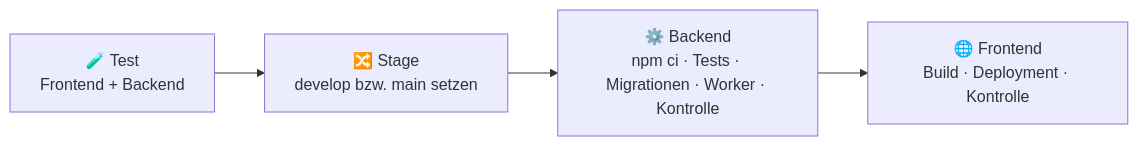
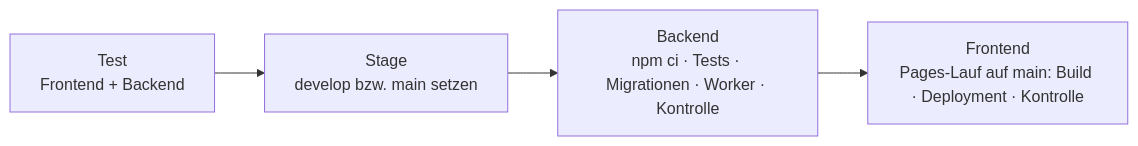
The second of 2 diagrams in README.md (KingBob4Real/pokemon-sammlung), drawn with Mermaid before and after one commit. The commit also changed other lines of this file, not shown here.

Commit message:
README: Deploy für einzelne Feature-Branches, Diagramme ohne Emojis, Pages-Einstellung entfällt

````diff
--- a/README.md
+++ b/README.md
@@ -254,6 +254,6 @@
 ```mermaid
 flowchart LR
-  T["🧪 Test<br/>Frontend + Backend"] --> S["🔀 Stage<br/>develop bzw. main setzen"]
-  S --> B["⚙️ Backend<br/>npm ci · Tests · Migrationen · Worker · Kontrolle"]
-  B --> F["🌐 Frontend<br/>Build · Deployment · Kontrolle"]
+  T["Test<br/>Frontend + Backend"] --> S["Stage<br/>develop bzw. main setzen"]
+  S --> B["Backend<br/>npm ci · Tests · Migrationen · Worker · Kontrolle"]
+  B --> F["Frontend<br/>Pages-Lauf auf main: Build · Deployment · Kontrolle"]
 ```
````
